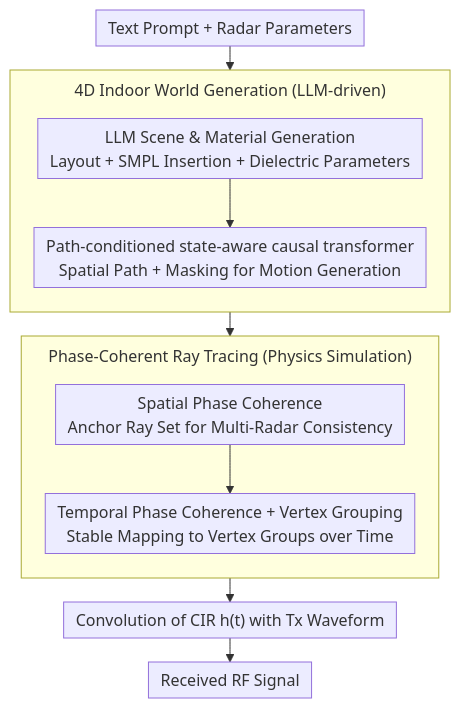
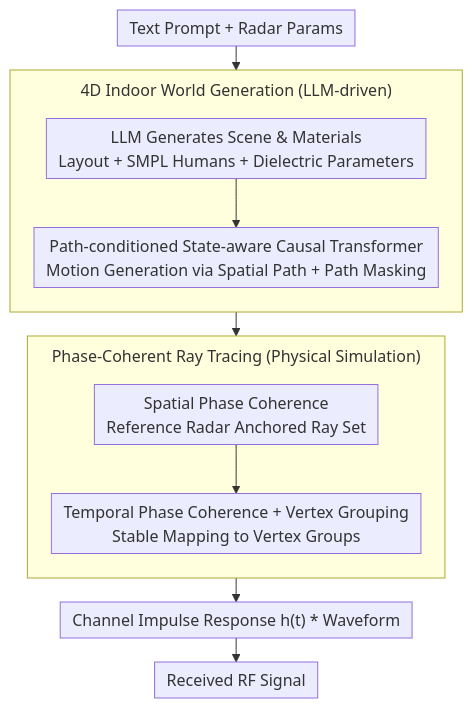
The diagram in docs/ICML2026/human_understanding/scalable_rf_simulation_in_generative_4d_worlds.md (zhaoyang97/Paper-Notes-en), drawn with Mermaid before and after one commit. The commit also changed other lines of this file and 5084 other files, not shown here.

````diff
--- a/docs/ICML2026/human_understanding/scalable_rf_simulation_in_generative_4d_worlds.md
+++ b/docs/ICML2026/human_understanding/scalable_rf_simulation_in_generative_4d_worlds.md
@@ -41,18 +41,18 @@
 ```mermaid
 %%{init: {'flowchart': {'rankSpacing': 24, 'nodeSpacing': 28, 'padding': 6, 'wrappingWidth': 400, 'subGraphTitleMargin': {'top': 8, 'bottom': 16}}}}%%
 flowchart TD
-    A["Text Prompt + Radar Parameters"] --> B
+    A["Text Prompt + Radar Params"] --> B
     subgraph GEN["4D Indoor World Generation (LLM-driven)"]
         direction TB
-        B["LLM Scene & Material Generation<br/>Layout + SMPL Insertion + Dielectric Parameters"]
-        B --> D["Path-conditioned state-aware causal transformer<br/>Spatial Path + Masking for Motion Generation"]
+        B["LLM Generates Scene & Materials<br/>Layout + SMPL Humans + Dielectric Parameters"]
+        B --> D["Path-conditioned State-aware Causal Transformer<br/>Motion Generation via Spatial Path + Path Masking"]
     end
     D --> E
-    subgraph SIM["Phase-Coherent Ray Tracing (Physics Simulation)"]
+    subgraph SIM["Phase-Coherent Ray Tracing (Physical Simulation)"]
         direction TB
-        E["Spatial Phase Coherence<br/>Anchor Ray Set for Multi-Radar Consistency"]
-        E --> F["Temporal Phase Coherence + Vertex Grouping<br/>Stable Mapping to Vertex Groups over Time"]
+        E["Spatial Phase Coherence<br/>Reference Radar Anchored Ray Set"]
+        E --> F["Temporal Phase Coherence + Vertex Grouping<br/>Stable Mapping to Vertex Groups"]
     end
-    F --> G["Convolution of CIR h(t) with Tx Waveform"]
+    F --> G["Channel Impulse Response h(t) * Waveform"]
     G --> H["Received RF Signal"]
 ```
````
